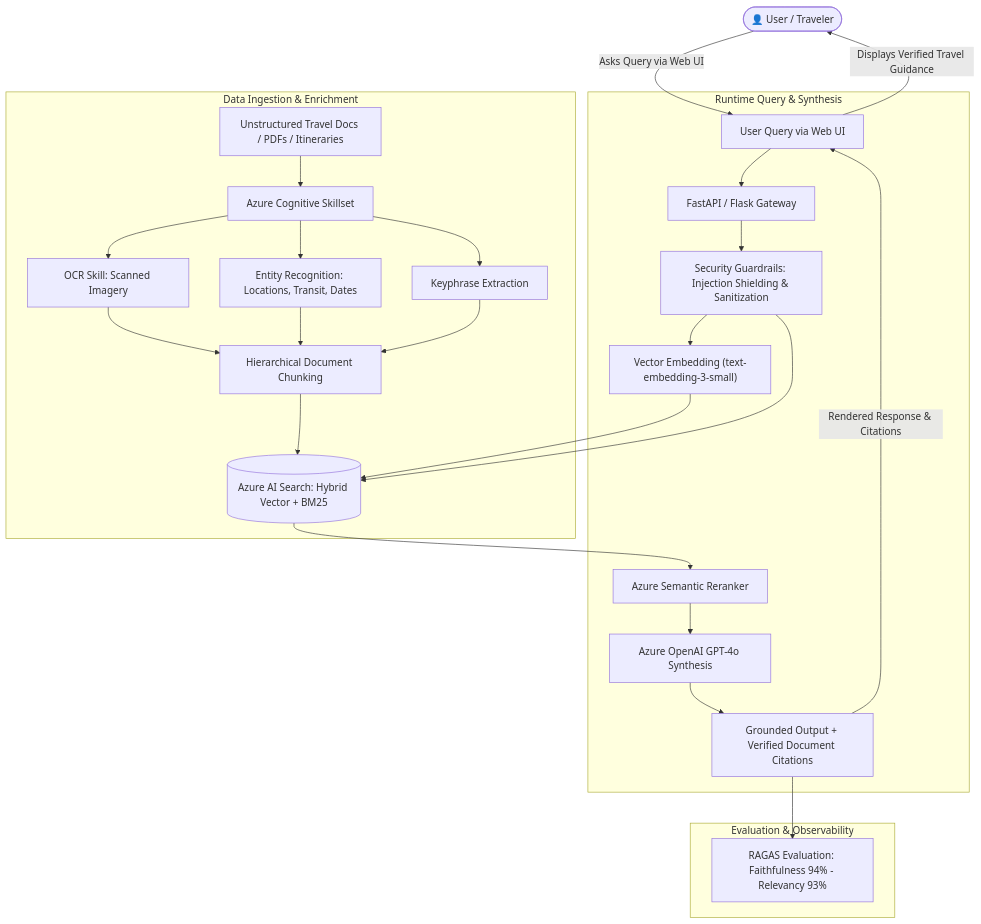
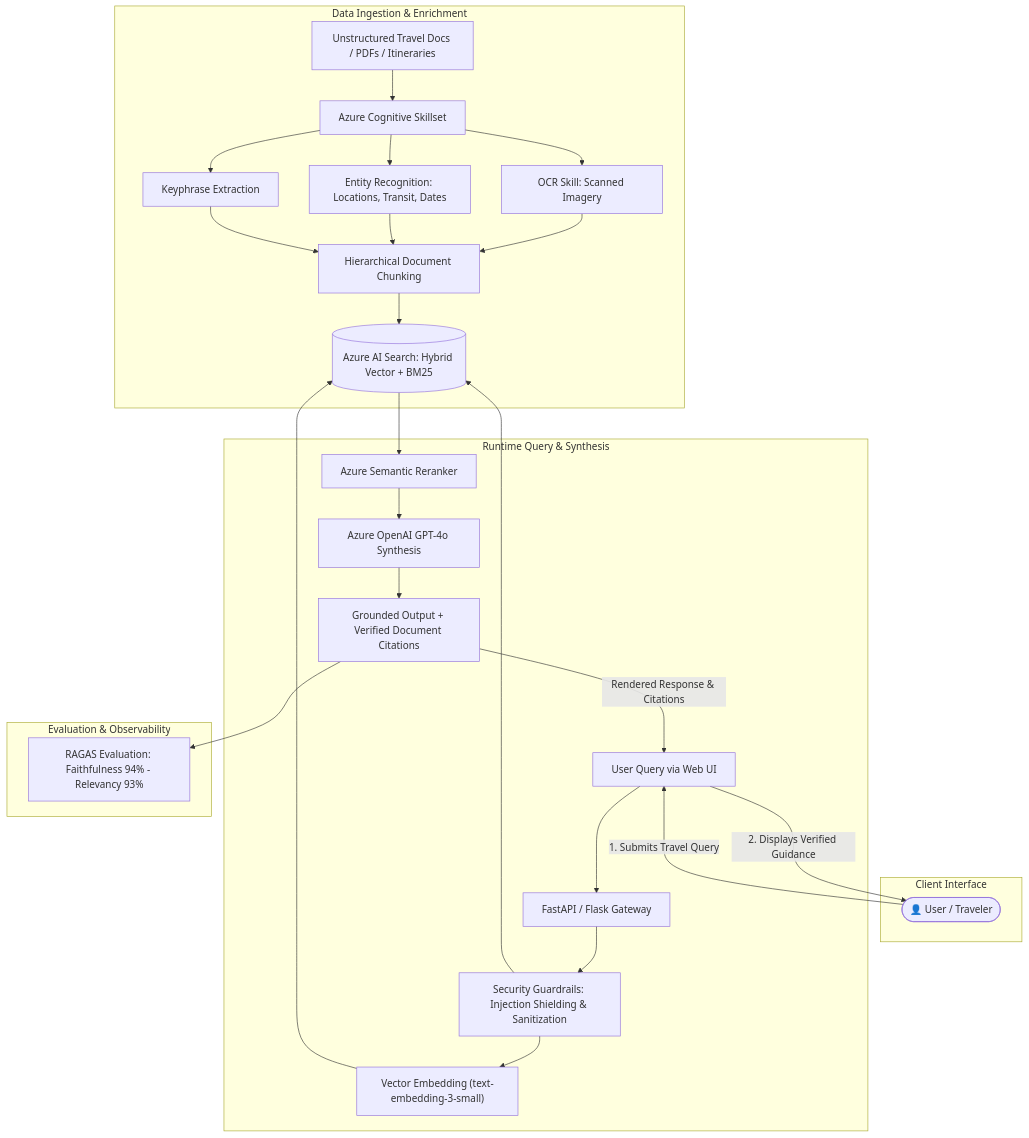
The diagram in README.md (valluri-anand/enterprise-travel-rag-assistant), drawn with Mermaid before and after one commit.

Commit message:
docs: position User client to the left side of Runtime Query & Synthesis box in architecture diagram

````diff
--- a/README.md
+++ b/README.md
@@ -24,34 +24,36 @@
 ```mermaid
 graph TD
-    User(["👤 User / Traveler"])
-
     subgraph Ingestion["Data Ingestion & Enrichment"]
         A["Unstructured Travel Docs / PDFs / Itineraries"] --> B["Azure Cognitive Skillset"]
         B --> B1["OCR Skill: Scanned Imagery"]
         B --> B2["Entity Recognition: Locations, Transit, Dates"]
         B --> B3["Keyphrase Extraction"]
         B1 --> C["Hierarchical Document Chunking"]
         B2 --> C
         B3 --> C
         C --> D[("Azure AI Search: Hybrid Vector + BM25")]
+    end
+
+    subgraph Client["Client Interface"]
+        User(["👤 User / Traveler"])
     end
 
     subgraph Runtime["Runtime Query & Synthesis"]
         E["User Query via Web UI"] --> F["FastAPI / Flask Gateway"]
         F --> G["Security Guardrails: Injection Shielding & Sanitization"]
         G --> H["Vector Embedding (text-embedding-3-small)"]
         H --> D
         G --> D
         D --> I["Azure Semantic Reranker"]
         I --> J["Azure OpenAI GPT-4o Synthesis"]
         J --> K["Grounded Output + Verified Document Citations"]
         K -->|"Rendered Response & Citations"| E
     end
 
-    User -->|"Asks Query via Web UI"| E
-    E -->|"Displays Verified Travel Guidance"| User
+    User -->|"1. Submits Travel Query"| E
+    E -->|"2. Displays Verified Guidance"| User
 
     subgraph Evaluation["Evaluation & Observability"]
         K --> L["RAGAS Evaluation: Faithfulness 94% - Relevancy 93%"]
     end
 ```
````
